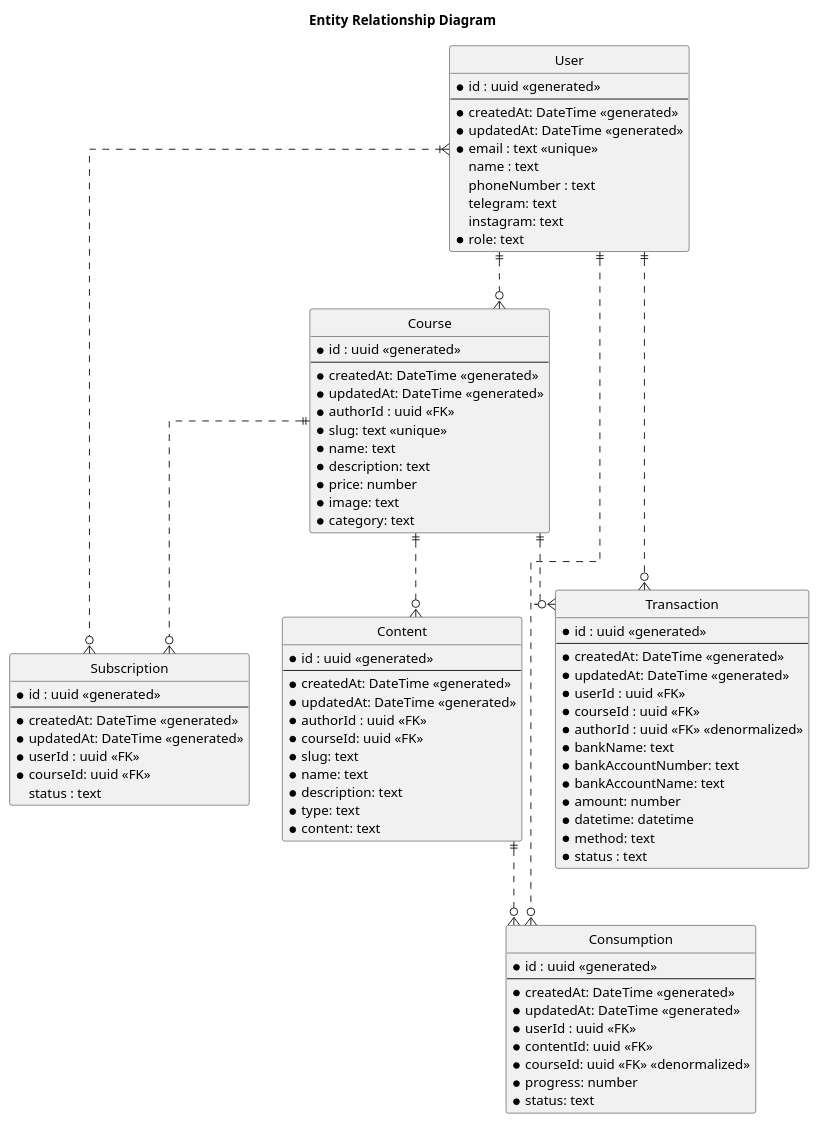
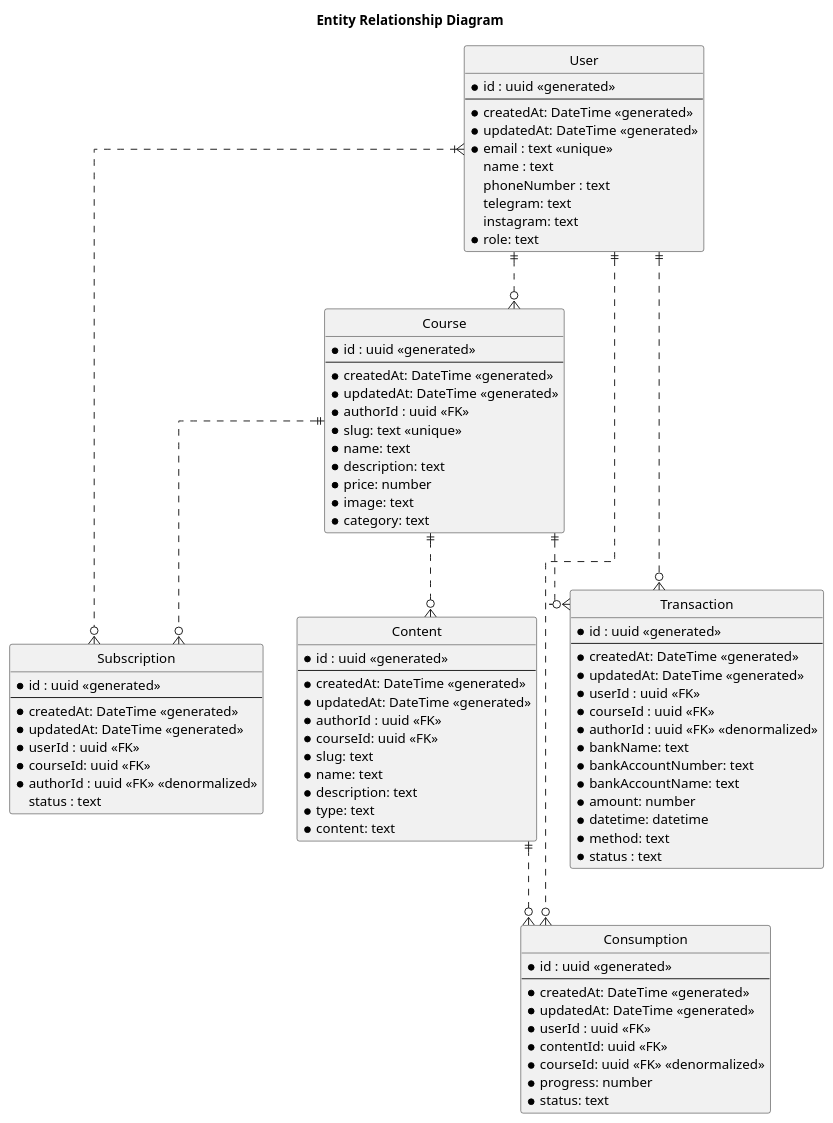
Before and after one commit to zainfathoni/kelas.rumahberbagi.com: the diagram in docs/diagrams/erd.puml, drawn with PlantUML.

Commit message:
docs: denormalize Subcription table by adding authorId field

```diff
--- a/docs/diagrams/erd.puml
+++ b/docs/diagrams/erd.puml
@@ -1,98 +1,99 @@
 @startuml "Entity Relationship Diagram"
 title Entity Relationship Diagram
 
 ' hide the spot
 hide circle
 
 ' avoid problems with angled crows feet
 skinparam linetype ortho
 
 entity "User" as user {
   *id : uuid <<generated>>
   --
   *createdAt: DateTime <<generated>>
   *updatedAt: DateTime <<generated>>
   *email : text <<unique>>
   name : text
   phoneNumber : text
   telegram: text
   instagram: text
   *role: text
 }
 
 entity "Course" as course {
   *id : uuid <<generated>>
   --
   *createdAt: DateTime <<generated>>
   *updatedAt: DateTime <<generated>>
   *authorId : uuid <<FK>>
   *slug: text <<unique>>
   *name: text
   *description: text
   *price: number
   *image: text
   *category: text
 }
 
 entity "Content" as content {
   *id : uuid <<generated>>
   --
   *createdAt: DateTime <<generated>>
   *updatedAt: DateTime <<generated>>
   *authorId : uuid <<FK>>
   *courseId: uuid <<FK>>
   *slug: text
   *name: text
   *description: text
   *type: text
   *content: text
 }
 
 entity "Consumption" as consumption {
   *id : uuid <<generated>>
   --
   *createdAt: DateTime <<generated>>
   *updatedAt: DateTime <<generated>>
   *userId : uuid <<FK>>
   *contentId: uuid <<FK>>
   *courseId: uuid <<FK>> <<denormalized>>
   *progress: number
   *status: text
 }
 
 entity "Subscription" as subscription {
   *id : uuid <<generated>>
   --
   *createdAt: DateTime <<generated>>
   *updatedAt: DateTime <<generated>>
   *userId : uuid <<FK>>
   *courseId: uuid <<FK>>
+  *authorId : uuid <<FK>> <<denormalized>>
   status : text
 }
 
 entity "Transaction" as transaction {
   *id : uuid <<generated>>
   --
   *createdAt: DateTime <<generated>>
   *updatedAt: DateTime <<generated>>
   *userId : uuid <<FK>>
   *courseId : uuid <<FK>>
   *authorId : uuid <<FK>> <<denormalized>>
   *bankName: text
   *bankAccountNumber: text
   *bankAccountName: text
   *amount: number
   *datetime: datetime
   *method: text
   *status : text
 }
 
 user ||..o{ course
 user ||..o{ transaction
 user }|.-o{ subscription
 user ||..o{ consumption
 course ||..o{ transaction
 course ||..o{ subscription
 course ||..o{ content
 content ||..o{ consumption
 @enduml
```
